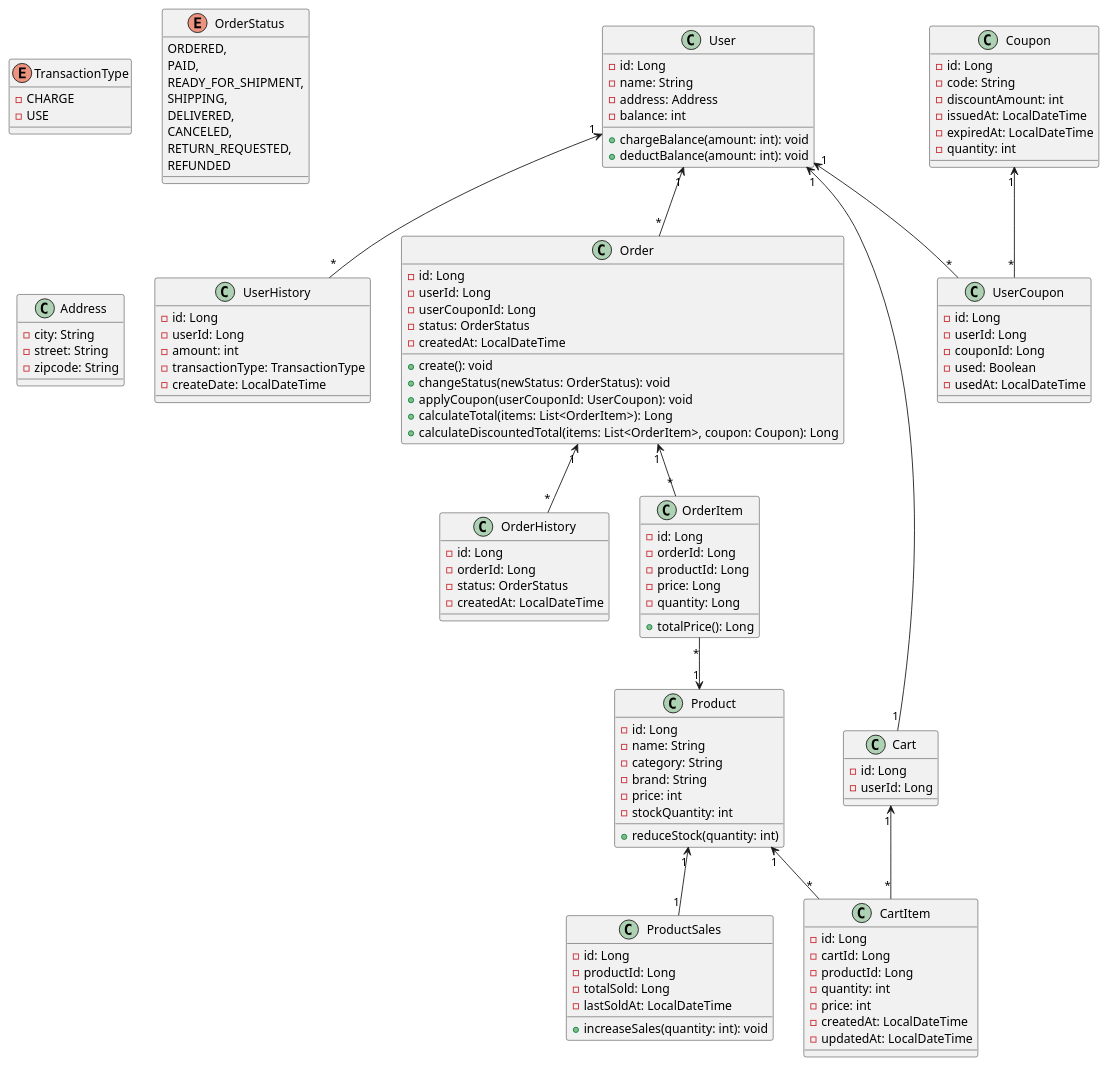
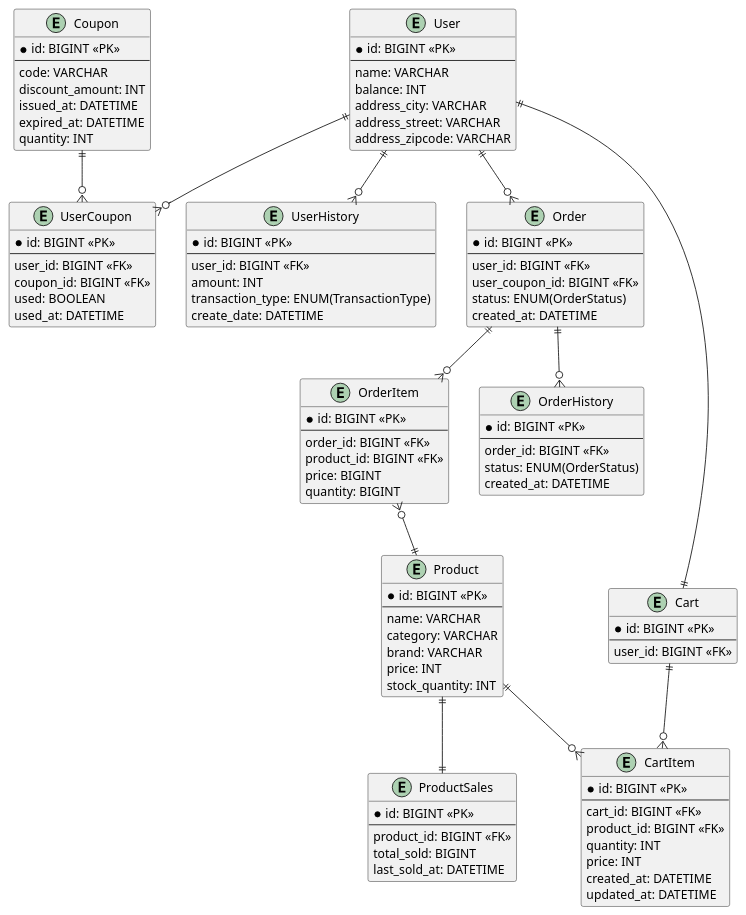
The diagram in docs/erd/erd.puml (honge7694/hdd-server-java), drawn with PlantUML before and after one commit. The commit also changed 1 other file, not shown here.

Commit message:
ERD 9차 커밋 - Class Diagram과 변경

```diff
--- a/docs/erd/erd.puml
+++ b/docs/erd/erd.puml
@@ -1,138 +1,117 @@
 @startuml
-
-enum TransactionType {
-    - CHARGE
-    - USE
+entity User {
+    * id: BIGINT <<PK>>
+    --
+    name: VARCHAR
+    balance: INT
+    address_city: VARCHAR
+    address_street: VARCHAR
+    address_zipcode: VARCHAR
 }
 
-enum OrderStatus {
-    ORDERED,
-    PAID,
-    READY_FOR_SHIPMENT,
-    SHIPPING,
-    DELIVERED,
-    CANCELED,
-    RETURN_REQUESTED,
-    REFUNDED
+entity UserHistory {
+    * id: BIGINT <<PK>>
+    --
+    user_id: BIGINT <<FK>>
+    amount: INT
+    transaction_type: ENUM(TransactionType)
+    create_date: DATETIME
 }
 
-class User {
-    - id: Long
-    - name: String
-    - address: Address
-    - balance: int
-    + chargeBalance(amount: int): void
-    + deductBalance(amount: int): void
+entity Coupon {
+    * id: BIGINT <<PK>>
+    --
+    code: VARCHAR
+    discount_amount: INT
+    issued_at: DATETIME
+    expired_at: DATETIME
+    quantity: INT
 }
 
-class UserHistory {
-    - id: Long
-    - userId: Long
-    - amount: int
-    - transactionType: TransactionType
-    - createDate: LocalDateTime
+entity UserCoupon {
+    * id: BIGINT <<PK>>
+    --
+    user_id: BIGINT <<FK>>
+    coupon_id: BIGINT <<FK>>
+    used: BOOLEAN
+    used_at: DATETIME
 }
 
-class Address {
-    - city: String
-    - street: String
-    - zipcode: String
+entity Order {
+    * id: BIGINT <<PK>>
+    --
+    user_id: BIGINT <<FK>>
+    user_coupon_id: BIGINT <<FK>>
+    status: ENUM(OrderStatus)
+    created_at: DATETIME
 }
 
-class Coupon {
-    - id: Long
-    - code: String
-    - discountAmount: int
-    - issuedAt: LocalDateTime
-    - expiredAt: LocalDateTime
-    - quantity: int
+entity OrderItem {
+    * id: BIGINT <<PK>>
+    --
+    order_id: BIGINT <<FK>>
+    product_id: BIGINT <<FK>>
+    price: BIGINT
+    quantity: BIGINT
 }
 
-class UserCoupon {
-    - id: Long
-    - userId: Long
-    - couponId: Long
-    - used: Boolean
-    - usedAt: LocalDateTime
+entity OrderHistory {
+    * id: BIGINT <<PK>>
+    --
+    order_id: BIGINT <<FK>>
+    status: ENUM(OrderStatus)
+    created_at: DATETIME
 }
 
-class Order {
-    - id: Long
-    - userId: Long
-    - userCouponId: Long
-    - status: OrderStatus
-    - createdAt: LocalDateTime
-    + create(): void
-    + changeStatus(newStatus: OrderStatus): void
-    + applyCoupon(userCouponId: UserCoupon): void
-    + calculateTotal(items: List<OrderItem>): Long
-    + calculateDiscountedTotal(items: List<OrderItem>, coupon: Coupon): Long
+entity Product {
+    * id: BIGINT <<PK>>
+    --
+    name: VARCHAR
+    category: VARCHAR
+    brand: VARCHAR
+    price: INT
+    stock_quantity: INT
 }
 
-class OrderHistory {
-    - id: Long
-    - orderId: Long
-    - status: OrderStatus
-    - createdAt: LocalDateTime
+entity ProductSales {
+    * id: BIGINT <<PK>>
+    --
+    product_id: BIGINT <<FK>>
+    total_sold: BIGINT
+    last_sold_at: DATETIME
 }
 
-class OrderItem {
-    - id: Long
-    - orderId: Long
-    - productId: Long
-    - price: Long
-    - quantity: Long
-    + totalPrice(): Long
+entity Cart {
+    * id: BIGINT <<PK>>
+    --
+    user_id: BIGINT <<FK>>
 }
 
-class Product {
-    - id: Long
-    - name: String
-    - category: String
-    - brand: String
-    - price: int
-    - stockQuantity: int
-    + reduceStock(quantity: int)
+entity CartItem {
+    * id: BIGINT <<PK>>
+    --
+    cart_id: BIGINT <<FK>>
+    product_id: BIGINT <<FK>>
+    quantity: INT
+    price: INT
+    created_at: DATETIME
+    updated_at: DATETIME
 }
 
-' 판매량을 조회를 위해 분리
-class ProductSales {
-    - id: Long
-    - productId: Long
-    - totalSold: Long
-    - lastSoldAt: LocalDateTime
-    + increaseSales(quantity: int): void
-}
+' 관계선
+User ||--o{ UserHistory
+User ||--o{ UserCoupon
+Coupon ||--o{ UserCoupon
 
-class Cart {
-    - id: Long
-    - userId: Long
-}
+User ||--o{ Order
+Order ||--o{ OrderItem
+OrderItem }o--|| Product
+Order ||--o{ OrderHistory
 
-class CartItem {
-    - id: Long
-    - cartId: Long
-    - productId: Long
-    - quantity: int
-    - price: int
-    - createdAt: LocalDateTime
-    - updatedAt: LocalDateTime
-}
+Product ||--|| ProductSales
 
-' 관계 정의
-User "1" <-- "*" UserHistory
-User "1" <-- "*" UserCoupon
-Coupon "1" <-- "*" UserCoupon
-
-User "1" <-- "*" Order
-Order "1" <-- "*" OrderItem
-OrderItem "*" --> "1" Product
-Order "1" <-- "*" OrderHistory
-
-Product "1" <-- "1" ProductSales
-
-User "1" <-- "1" Cart
-Cart "1" <-- "*" CartItem
-Product "1" <-- "*" CartItem
+User ||--|| Cart
+Cart ||--o{ CartItem
+Product ||--o{ CartItem
 
 @enduml
```
